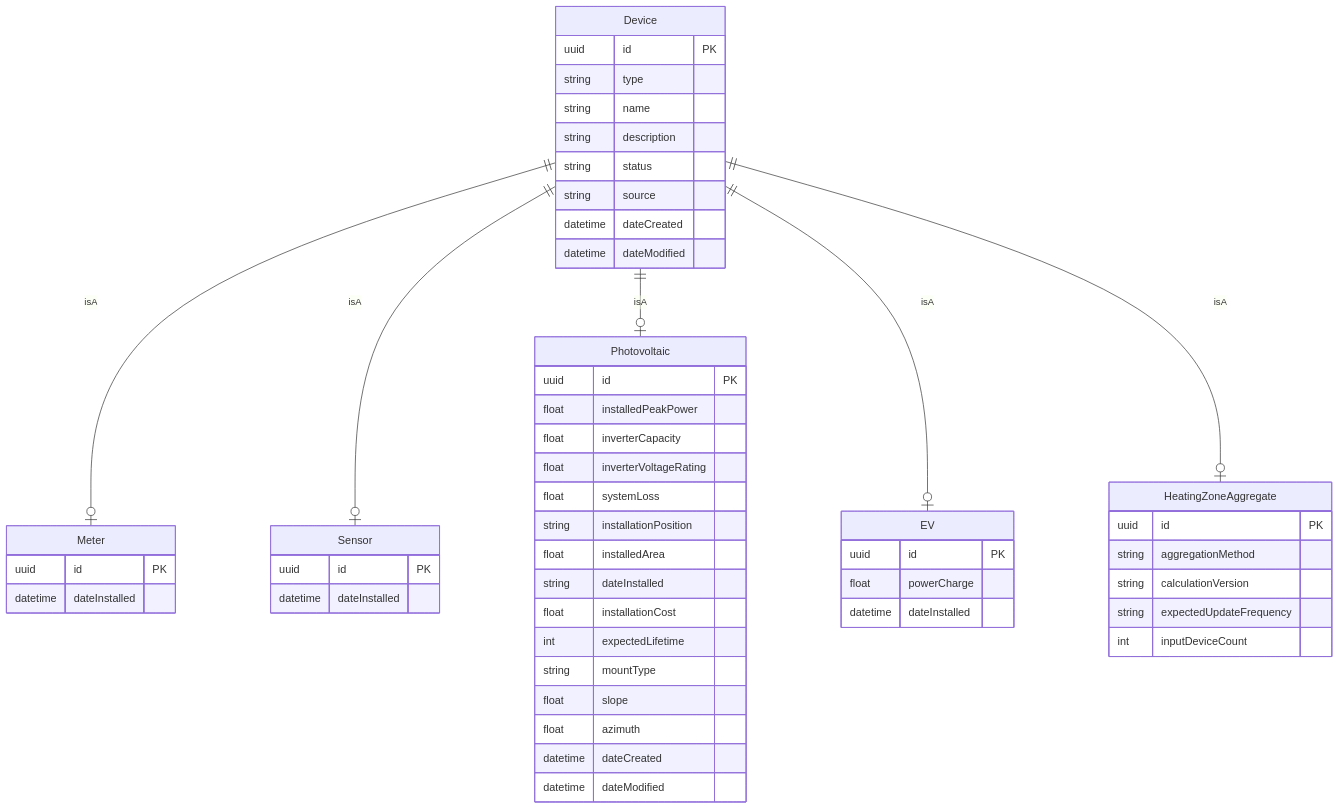
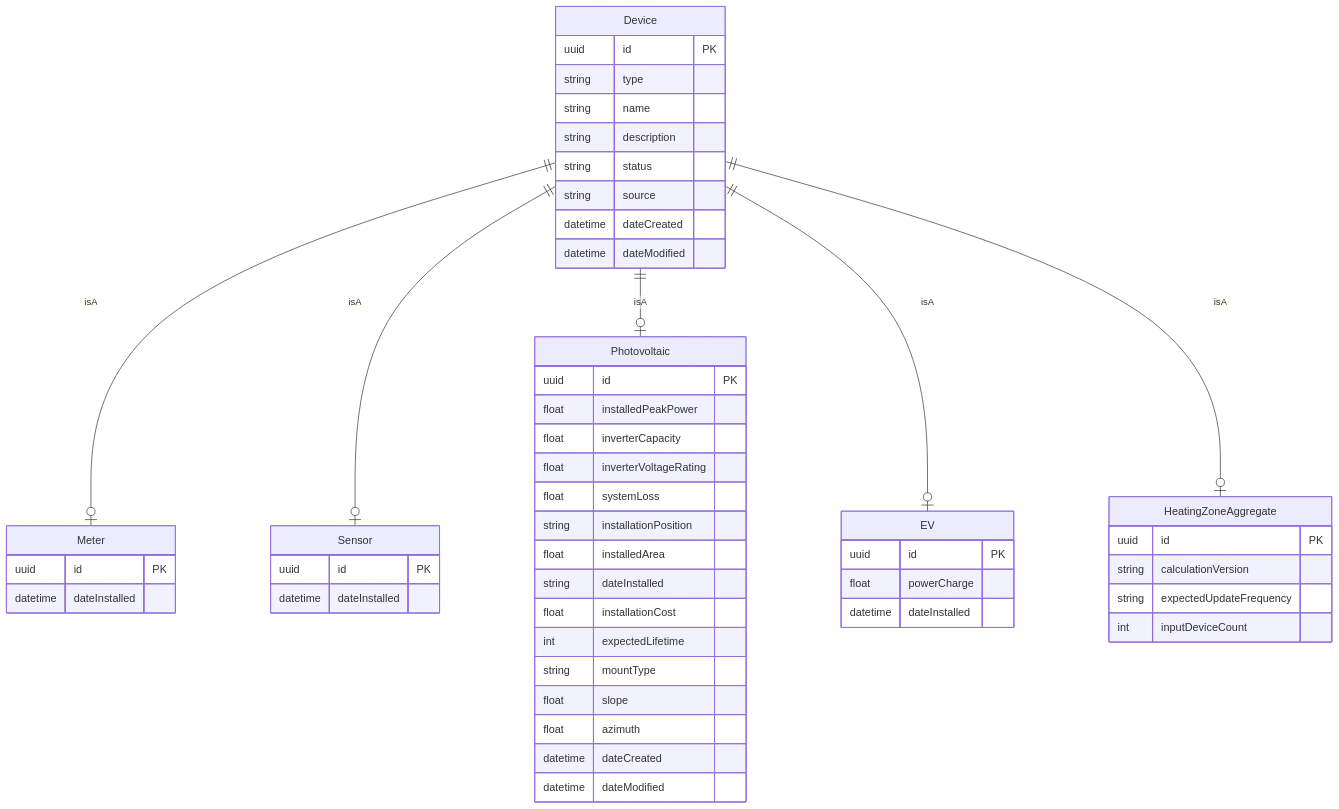
One commit to CenterDenmark/elexia-datamodel changed the third of 9 diagrams in data_model_split.md. Above: the diagram before and after it, drawn with Mermaid. The commit also changed other lines of this file and 3 other files, not shown here.

`````diff
--- a/data_model_split.md
+++ b/data_model_split.md
@@ -197,62 +196,61 @@
 ````mermaid
 erDiagram
 
 Device ||--o| Meter: isA
 Device ||--o| Sensor: isA
 Device ||--o| Photovoltaic: isA
 Device ||--o| EV: isA
 Device ||--o| HeatingZoneAggregate: isA
 
 Device {
     uuid id PK
     string type
     string name
     string description
     string status
     string source
     datetime dateCreated
     datetime dateModified
 }
 
 Meter {
     uuid id PK
     datetime dateInstalled
 }
 
 Sensor {
     uuid id PK
     datetime dateInstalled
 }
 
 Photovoltaic {
     uuid id PK
     float installedPeakPower
     float inverterCapacity
     float inverterVoltageRating
     float systemLoss
     string installationPosition
     float installedArea
     string dateInstalled
     float installationCost
     int expectedLifetime
     string mountType
     float slope
     float azimuth
     datetime dateCreated
     datetime dateModified
 }
 
 EV {
     uuid id PK
     float powerCharge
     datetime dateInstalled
 }
 
 HeatingZoneAggregate {
     uuid id PK
-    string aggregationMethod
     string calculationVersion
     string expectedUpdateFrequency
     int inputDeviceCount
 }
 ````
`````
